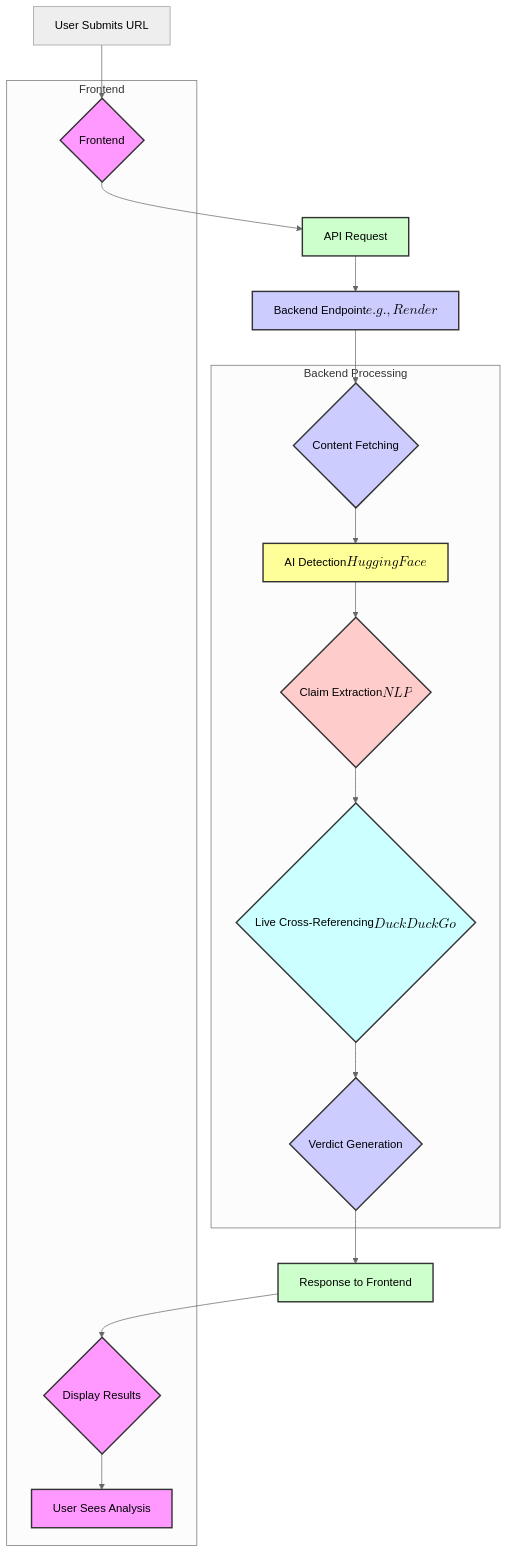
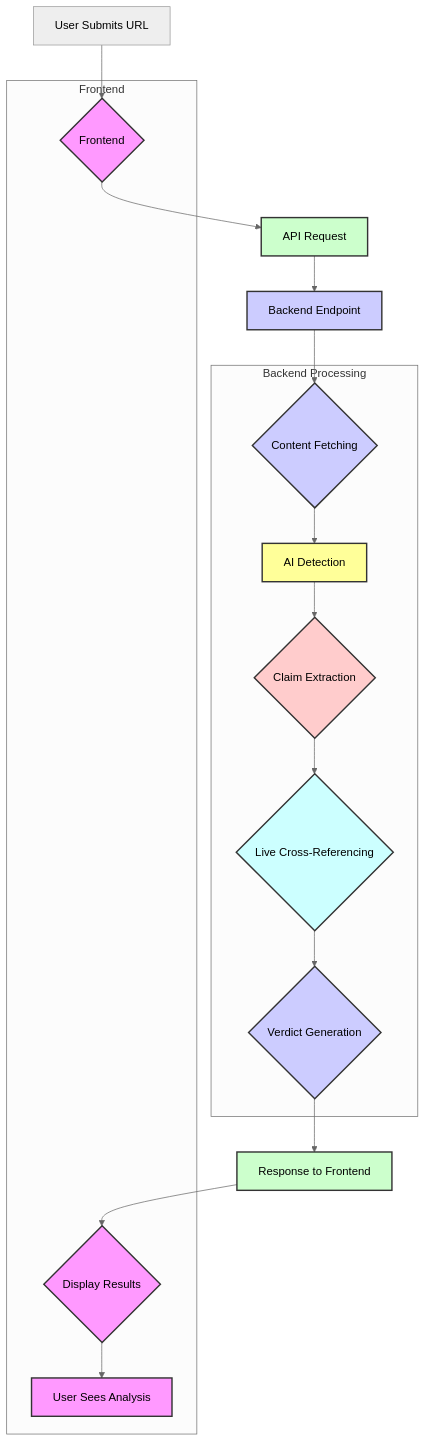
Before and after one commit to Arjun-K-Varkey/realaicheck.github.io: the diagram in methodology.md, drawn with Mermaid (neutral theme).

````diff
--- a/methodology.md
+++ b/methodology.md
@@ -33,51 +33,51 @@
 ```mermaid
     graph TD
         %% Define styles
         classDef frontend fill:#f9f,stroke:#333,stroke-width:2px;
         classDef backend fill:#ccf,stroke:#333,stroke-width:2px;
         classDef api fill:#cfc,stroke:#333,stroke-width:2px;
         classDef ai fill:#ff9,stroke:#333,stroke-width:2px;
         classDef nlp fill:#fcc,stroke:#333,stroke-width:2px;
         classDef crossref fill:#cff,stroke:#333,stroke-width:2px;
 
         %% Nodes
         A[User Submits URL] --> B{Frontend};
         B --> C[API Request];
-        C --> D[Backend Endpoint $$e.g., Render$$];
+        C --> D[Backend Endpoint];
         D --> E{Content Fetching};
-        E --> F[AI Detection $$Hugging Face$$];
-        F --> G{Claim Extraction $$NLP$$};
-        G --> H{Live Cross-Referencing $$DuckDuckGo$$};
+        E --> F[AI Detection];
+        F --> G{Claim Extraction};
+        G --> H{Live Cross-Referencing};
         H --> I{Verdict Generation};
         I --> J[Response to Frontend];
         J --> K{Display Results};
         K --> L[User Sees Analysis];
 
         %% Apply styles to nodes
         class B frontend;
         class C api;
         class D backend;
         class E backend;
         class F ai;
         class G nlp;
         class H crossref;
         class I backend;
         class J api;
         class K frontend;
         class L frontend;
 
         %% Subgraphs
         subgraph Backend Processing
             E
             F
             G
             H
             I
         end
 
         subgraph Frontend
             B
             K
             L
         end
 ```
````
